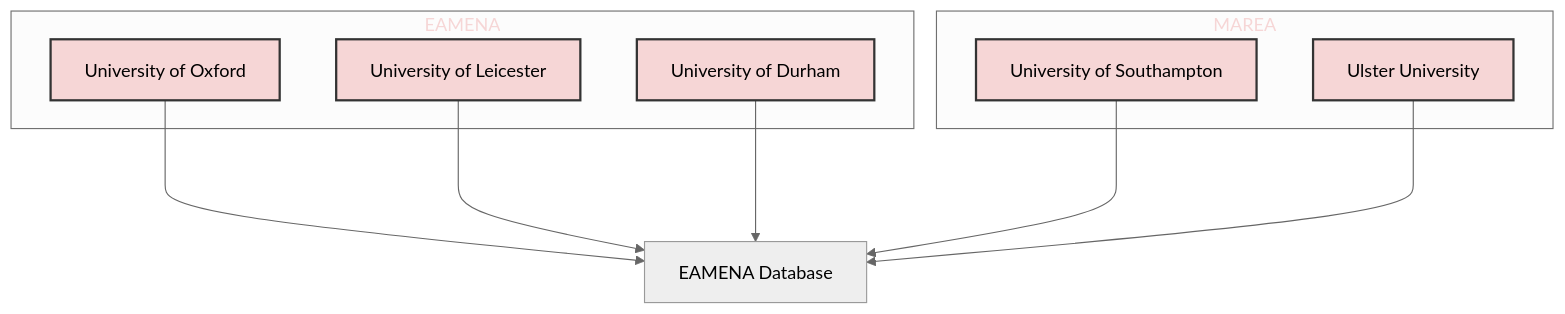
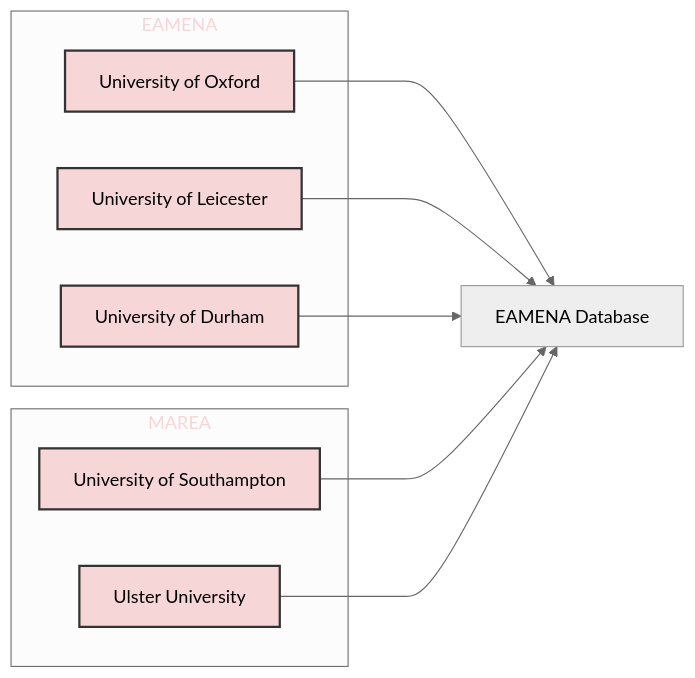
One commit to eamena-project/eamena-arches-dev changed the diagram in talks/2024-chma/index.qmd. Above: the diagram before and after it, drawn with Mermaid (neutral theme). The commit also changed other lines of this file and 7 other files, not shown here.

````diff
--- a/talks/2024-chma/index.qmd
+++ b/talks/2024-chma/index.qmd
@@ -64,32 +68,32 @@
 ```{mermaid}
-flowchart TD
+flowchart LR
   subgraph EA[EAMENA]
     id1[University of Oxford]
     id2[University of Leicester]
     id3[University of Durham]
   end
   id1 ---> id6[EAMENA Database]
   id2 ---> id6
   id3 ---> id6
   subgraph MA[MAREA]
     id4[University of Southampton]
     id5[Ulster University]
   end
   id4 ---> id6
   id5 ---> id6
   
   style EA color:#f6d6d6
   style MA color:#f6d6d6
   
   style id1 fill:#f6d6d6,stroke:#333,stroke-width:2px
   style id2 fill:#f6d6d6,stroke:#333,stroke-width:2px
   style id3 fill:#f6d6d6,stroke:#333,stroke-width:2px
   style id4 fill:#f6d6d6,stroke:#333,stroke-width:2px
   style id5 fill:#f6d6d6,stroke:#333,stroke-width:2px
   
   click id1 "https://www.ox.ac.uk/" _blank
   click id2 "https://le.ac.uk/" _blank
   click id3 "https://www.durham.ac.uk/" _blank
   click id4 "https://www.southampton.ac.uk/" _blank
   click id5 "https://www.ulster.ac.uk/" _blank
 ```
````
